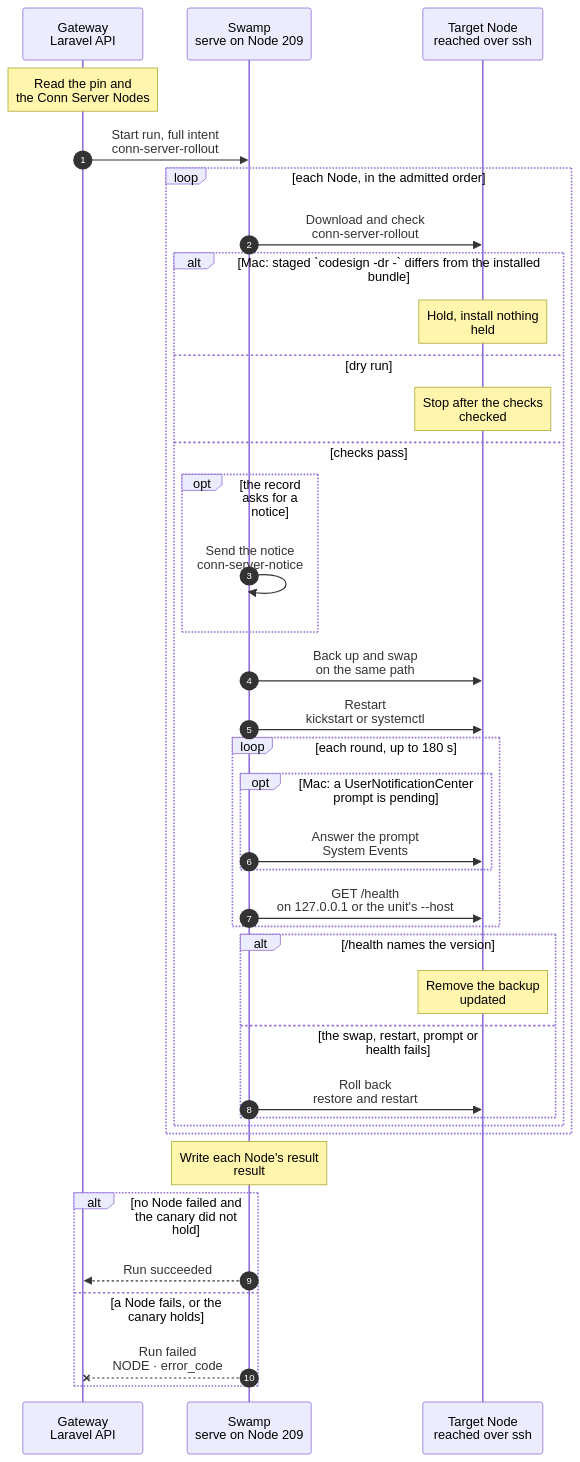
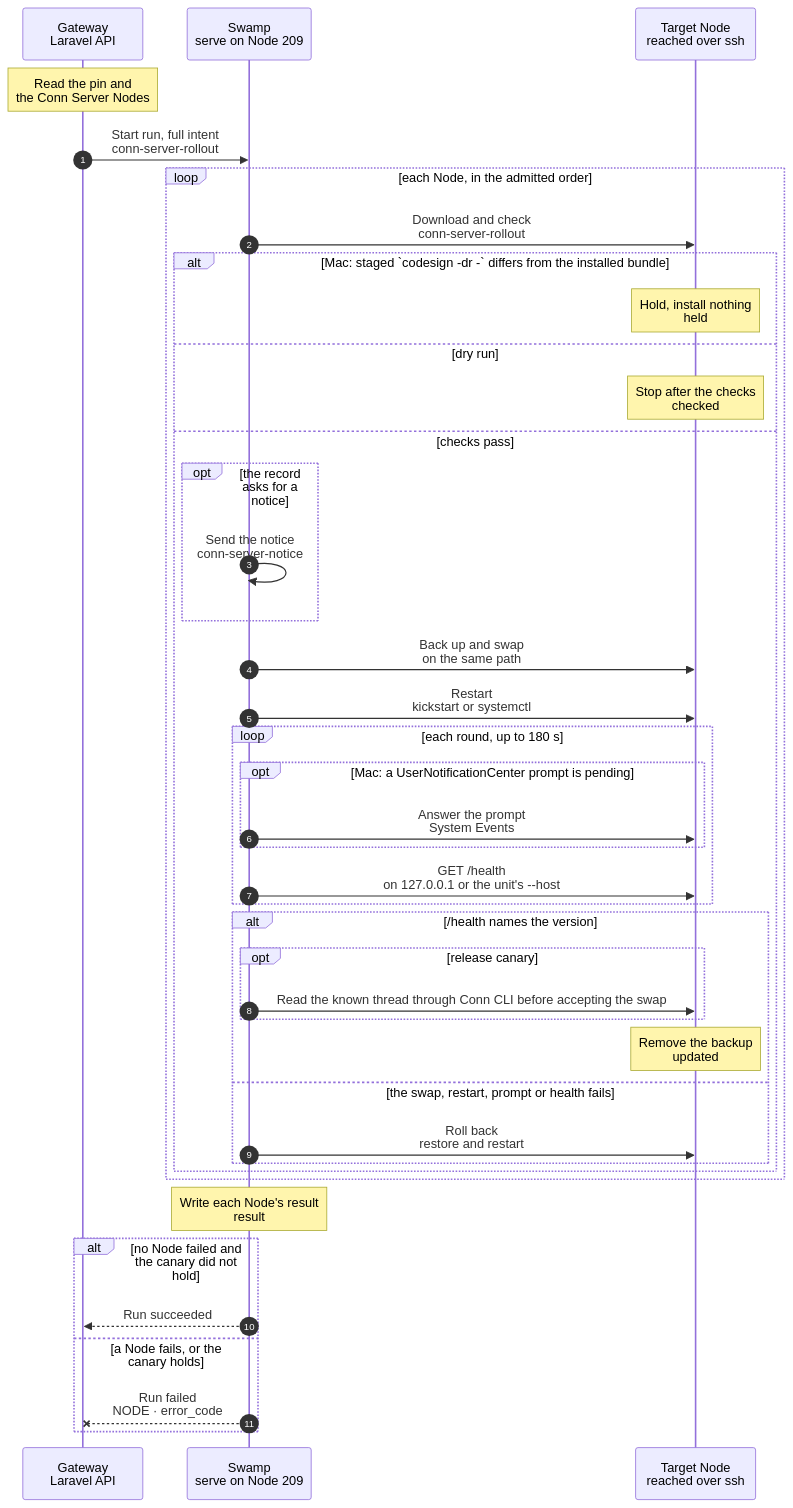
The diagram in docs/cli/fleet/conn-server-rollout.mmd (hardimpactdev/orbit), drawn with Mermaid before and after one commit. The commit also changed 16 other files, not shown here.

```diff
--- a/docs/cli/fleet/conn-server-rollout.mmd
+++ b/docs/cli/fleet/conn-server-rollout.mmd
@@ -1,89 +1,92 @@
 sequenceDiagram
   %% One Ansible phase, conn-server-rollout.yml, visits the admitted Conn Server Nodes one at a time, in order. docs/reference/development-containers.md#conn-server-rollout.
   %% status: draft
   %% command: none · POST /api/v1/fleet/conn-server/rollout
   %% kind: fleet.conn_server_rollout
   autonumber
   %% lane GW icon=gateway pill=intent tone=blue
   %% lane SW icon=workflow pill=executes tone=green
   %% lane N icon=server pill=target tone=amber
   participant GW as Gateway<br/>Laravel API
   participant SW as Swamp<br/>serve on Node 209
   participant N as Target Node<br/>reached over ssh
   Note over GW: Read the pin and<br/>the Conn Server Nodes
   %%> When:
   %%> - an operator posts `{"dry_run", "scope"}` to `POST /api/v1/fleet/conn-server/rollout`; both are required, so no default reaches the whole fleet
   %%> - scope `nodes` also takes `node_ids`, one to four ids that each have a record, or a validation error; `node_ids` with another scope is refused
-  %%> - nothing starts it from a pin change
+  %%> - the release fleet pass admits the dry run and real canary for a pin with release_canary, and waits for the thread read before converging Nodes
   %%> Requirements:
   %%> - the agent folder's `conn-server` pin names a `macos_arm64` app, or `conn_server.pin_unavailable`
   %%> - exactly one `conn_server_nodes` record is the canary, or `conn_server.canary_unset`
   %%> Picks:
   %%> - scope `canary`: the canary alone; scope `fleet`: the canary, then the other records in Node order; scope `nodes`: the named records alone, in the request's order
   %%> - each record names platform, path, service, port, user and whether to notify before the restart; Nodes without one and container Conn Servers are out of scope
   GW->>SW: Start run, full intent<br/>conn-server-rollout
   %%> Input:
   %%> - version, dry run, the Linux tarball and macOS zip with their SHA-256, bundle id and team, the notice target, and each Node with its SSH target
   %%> Requirements:
-  %%> - at most four Nodes, so the 12,980 s deadline covers each Node's worst case and its rollback, or `conn_server.too_many_nodes`
+  %%> - at most four Nodes, so the 13,220 s deadline covers each Node's worst case and its rollback, or `conn_server.too_many_nodes`
   loop each Node, in the admitted order
     SW->>N: Download and check<br/>conn-server-rollout
     %%> What it does:
     %%> - downloads the asset into a staging folder beside the install and checks its SHA-256, or `conn_server.hash_mismatch`
     %%> - Mac: `codesign --verify --strict --deep`, the pin's `TeamIdentifier` and bundle id, or `conn_server.signature_invalid`, `team_mismatch`, `bundle_mismatch`
     %%> - Linux: the unit's `ExecStart` is `<current>/conn-server` and the tarball holds `conn-server-<X>-linux-x64/conn-server`, or `conn_server.layout_mismatch`
     %%> - Linux: `/health` on the unit's `--host`, or 127.0.0.1 when it has none or a wildcard, answers 200 with `server: conn-server` and a version, or `conn_server.health_unreachable`
     alt Mac: staged `codesign -dr -` differs from the installed bundle
       Note over N: Hold, install nothing<br/>held
       %%> Why:
       %%> - a new designated requirement resets the TCC grants; a held canary stops the run, a held later Node does not
     else dry run
       Note over N: Stop after the checks<br/>checked
     else checks pass
       opt the record asks for a notice
         SW->>SW: Send the notice<br/>conn-server-notice
         %%> What it does:
         %%> - posts or runs `orbit.conn.server_rollout_notice` before anything changes; a failed notice fails the Node (`conn_server.notice_failed`)
         %%> - logs neither the URL, the command nor their output
       end
       SW->>N: Back up and swap<br/>on the same path
       %%> What it does:
       %%> - Mac: a new backup folder (`conn_server.backup_exists` when it exists), the installed bundle into it, the staged bundle onto the same path, so TCC grants stay
       %%> - Linux: a new `releases/<X>-<run>` folder, then `current` moves to it with one rename
       SW->>N: Restart<br/>kickstart or systemctl
       %%> What it does:
       %%> - Mac: `launchctl kickstart -k gui/<uid>/<label>`, never a start from the SSH session; Linux: restarts the unit
       %%> - never reads or prints a LaunchAgent plist; every command has a task timeout
       loop each round, up to 180 s
         opt Mac: a UserNotificationCenter prompt is pending
           SW->>N: Answer the prompt<br/>System Events
           %%> What it does:
           %%> - reads the prompt's static texts and clicks Allow only on a Conn Server prompt for an expected permission
           %%> - any other prompt fails the Node (`conn_server.unexpected_prompt`)
         end
         SW->>N: GET /health<br/>on 127.0.0.1 or the unit's --host
         %%> What it does:
         %%> - waits for `server: conn-server` and the pin's version
       end
       alt /health names the version
-        Note over N: Remove the backup<br/>updated
+        opt release canary
+        SW->>N: Read the known thread through Conn CLI before accepting the swap
+      end
+      Note over N: Remove the backup<br/>updated
       else the swap, restart, prompt or health fails
         SW->>N: Roll back<br/>restore and restart
         %%> What it does:
         %%> - Mac: sets the new bundle aside, puts the backup back on the path and kickstarts again; Linux: points `current` back and restarts
         %%> - the Node fails with its cause, `conn_server.health_check_failed` when `/health` never names the version; `rolled_back` is true when the old version answers
       end
     end
   end
   Note over SW: Write each Node's result<br/>result
   alt no Node failed and the canary did not hold
     SW-->>GW: Run succeeded
     %%> Result:
     %%> - the Operation result lists each Node's outcome: `updated`, `checked` or `held`
   else a Node fails, or the canary holds
     SW--xGW: Run failed<br/>NODE · error_code
     %%> Result:
     %%> - `error_code` is `conn_server.node_failed`, or `conn_server.canary_held` when the canary held
     %%> Why stop:
     %%> - later Nodes are not visited and report `not_reached`, so one bad release reaches at most one Node
   end
```
